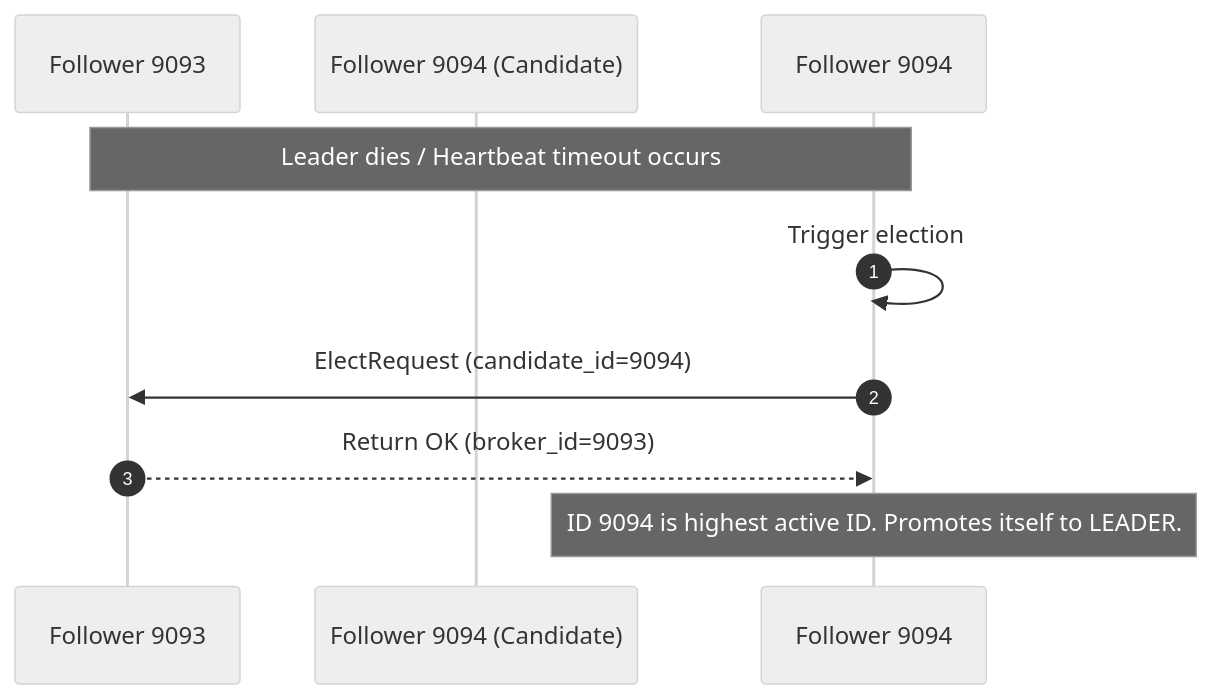
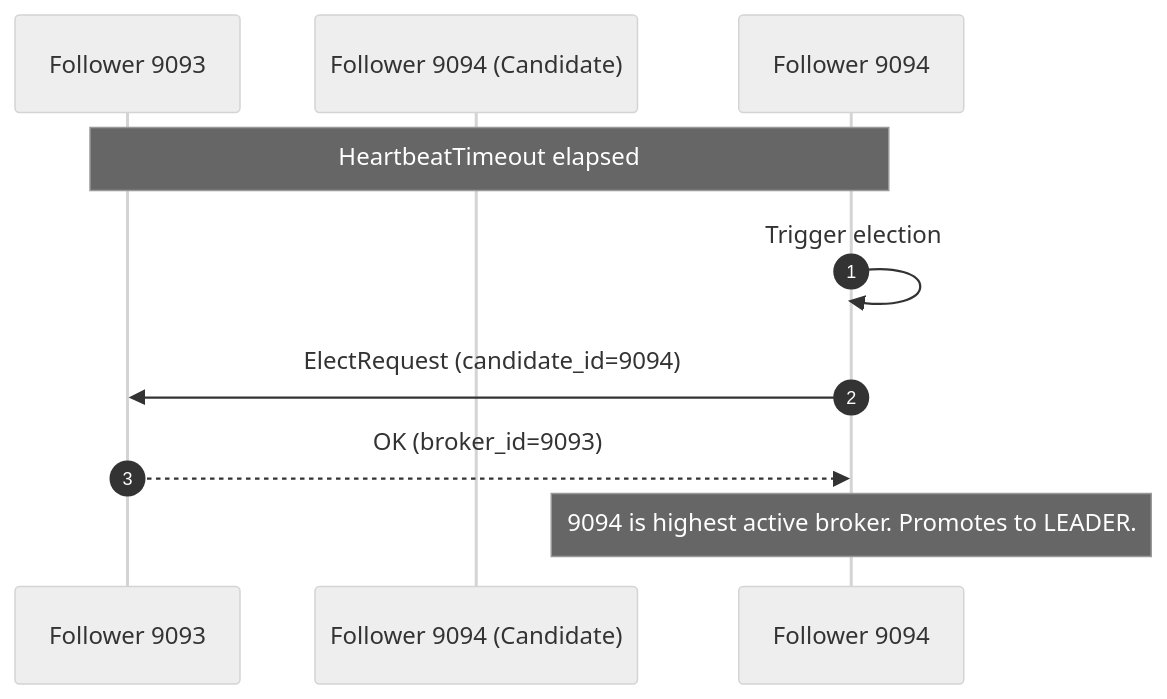
Before and after one commit to aryanp160/cowpybaraMQ: the fifth of 6 diagrams in README.md, drawn with Mermaid (neutral theme). The commit also changed other lines of this file and 3 other files, not shown here.

Commit message:
docs(readme): add architecture, benchmarks, sequence diagrams and comprehensive documentation

````diff
--- a/README.md
+++ b/README.md
@@ -167,12 +146,12 @@
 ```mermaid
 sequenceDiagram
     autonumber
     participant Follower 9093
     participant Follower 9094 (Candidate)
     
-    Note over Follower 9093, Follower 9094: Leader dies / Heartbeat timeout occurs
+    Note over Follower 9093, Follower 9094: HeartbeatTimeout elapsed
     Follower 9094->>Follower 9094: Trigger election
     Follower 9094->>Follower 9093: ElectRequest (candidate_id=9094)
-    Follower 9093-->>Follower 9094: Return OK (broker_id=9093)
-    Note over Follower 9094: ID 9094 is highest active ID. Promotes itself to LEADER.
+    Follower 9093-->>Follower 9094: OK (broker_id=9093)
+    Note over Follower 9094: 9094 is highest active broker. Promotes to LEADER.
 ```
````
